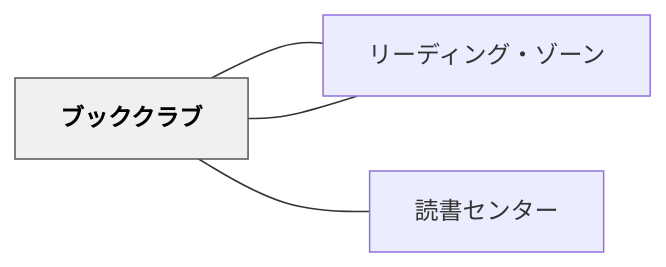
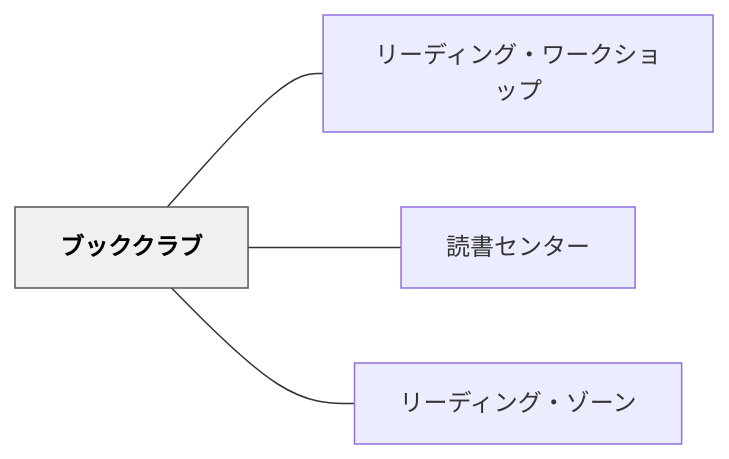
The diagram in content/パタン/ブッククラブ.md (unknownthings-ed-patterns/unknownthings-ed-patterns), drawn with Mermaid before and after one commit. The commit also changed 527 other files, not shown here.

````diff
--- a/content/パタン/ブッククラブ.md
+++ b/content/パタン/ブッククラブ.md
@@ -176,14 +176,14 @@
 ```mermaid
 flowchart LR
-    ne38396e38383["ブッククラブ"]
-    ne383aae383bc["リーディング・ワークショップ"]
-    ne8aaade69bb8["読書センター"]
-    ne383aae383bc["リーディング・ゾーン"]
+    ne38396e38383e382afe382afe383a9e38396["ブッククラブ"]
+    ne383aae383bce38387e382a3e383b3e382b0e383bbe383afe383bce382afe382b7e383a7e38383e38397["リーディング・ワークショップ"]
+    ne8aaade69bb8e382bbe383b3e382bfe383bc["読書センター"]
+    ne383aae383bce38387e382a3e383b3e382b0e383bbe382bee383bce383b3["リーディング・ゾーン"]
 
-    ne38396e38383 --- ne383aae383bc
-    ne38396e38383 --- ne8aaade69bb8
-    ne38396e38383 --- ne383aae383bc
+    ne38396e38383e382afe382afe383a9e38396 --- ne383aae383bce38387e382a3e383b3e382b0e383bbe383afe383bce382afe382b7e383a7e38383e38397
+    ne38396e38383e382afe382afe383a9e38396 --- ne8aaade69bb8e382bbe383b3e382bfe383bc
+    ne38396e38383e382afe382afe383a9e38396 --- ne383aae383bce38387e382a3e383b3e382b0e383bbe382bee383bce383b3
 
     classDef hub fill:#f0f0f0,stroke:#555,color:#000,font-weight:bold
-    class ne38396e38383 hub
+    class ne38396e38383e382afe382afe383a9e38396 hub
 ```
````
